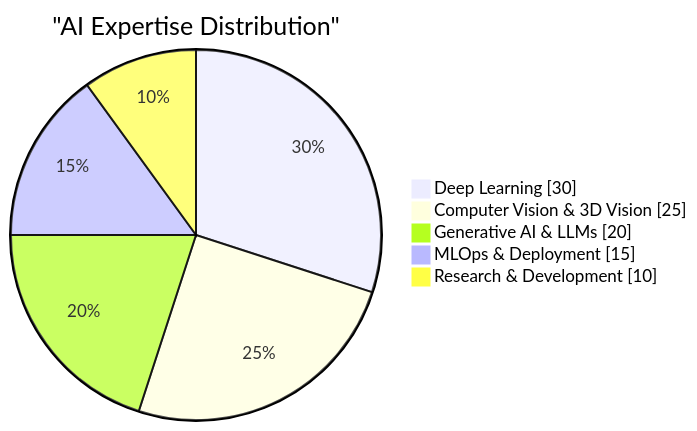
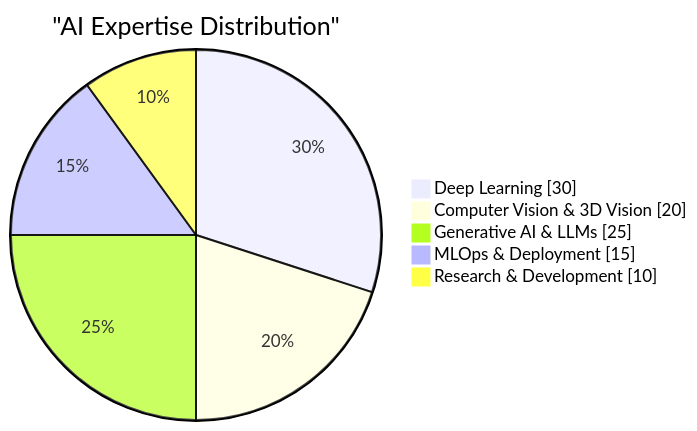
Before and after one commit to ennajari/ennajari: the seventh of 7 diagrams in README.md, drawn with Mermaid.

````diff
--- a/README.md
+++ b/README.md
@@ -368,9 +368,9 @@
   ```mermaid
 pie showData
     title "AI Expertise Distribution"
     "Deep Learning" : 30
-    "Computer Vision & 3D Vision" : 25
-    "Generative AI & LLMs" : 20
+    "Computer Vision & 3D Vision" : 20
+    "Generative AI & LLMs" : 25
     "MLOps & Deployment" : 15
     "Research & Development" : 10
  ```
````
